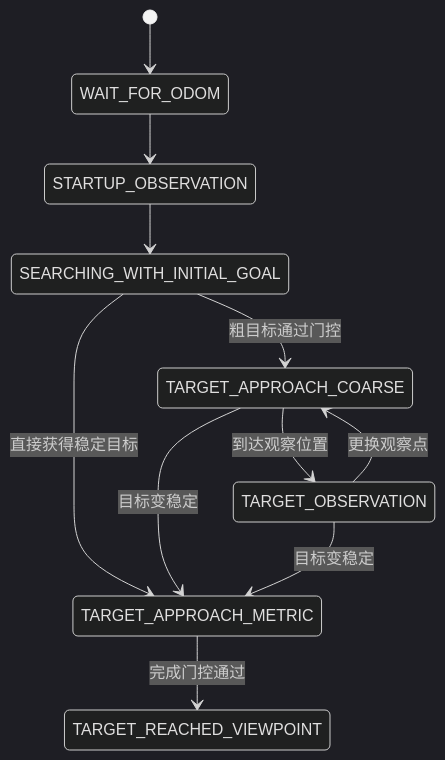
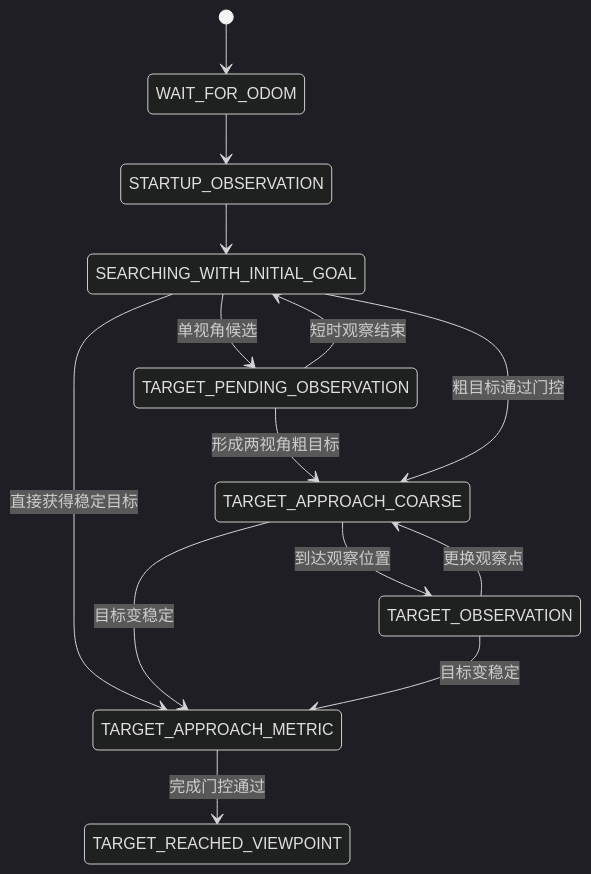
One commit to wycaca/wildos changed the first of 2 diagrams in graph_construction/docs/details/target_exploration.md. Above: the diagram before and after it, drawn with Mermaid (dark theme). The commit also changed other lines of this file and 13 other files, not shown here.

````diff
--- a/graph_construction/docs/details/target_exploration.md
+++ b/graph_construction/docs/details/target_exploration.md
@@ -33,13 +33,16 @@
 ```mermaid
 stateDiagram-v2
     [*] --> WAIT_FOR_ODOM
     WAIT_FOR_ODOM --> STARTUP_OBSERVATION
     STARTUP_OBSERVATION --> SEARCHING_WITH_INITIAL_GOAL
+    SEARCHING_WITH_INITIAL_GOAL --> TARGET_PENDING_OBSERVATION: 单视角候选
+    TARGET_PENDING_OBSERVATION --> SEARCHING_WITH_INITIAL_GOAL: 短时观察结束
+    TARGET_PENDING_OBSERVATION --> TARGET_APPROACH_COARSE: 形成两视角粗目标
     SEARCHING_WITH_INITIAL_GOAL --> TARGET_APPROACH_COARSE: 粗目标通过门控
     TARGET_APPROACH_COARSE --> TARGET_OBSERVATION: 到达观察位置
     TARGET_OBSERVATION --> TARGET_APPROACH_COARSE: 更换观察点
     SEARCHING_WITH_INITIAL_GOAL --> TARGET_APPROACH_METRIC: 直接获得稳定目标
     TARGET_APPROACH_COARSE --> TARGET_APPROACH_METRIC: 目标变稳定
     TARGET_OBSERVATION --> TARGET_APPROACH_METRIC: 目标变稳定
     TARGET_APPROACH_METRIC --> TARGET_REACHED_VIEWPOINT: 完成门控通过
 ```
````
